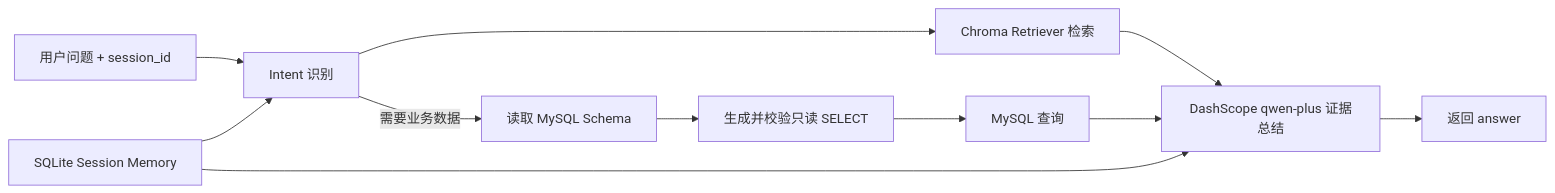
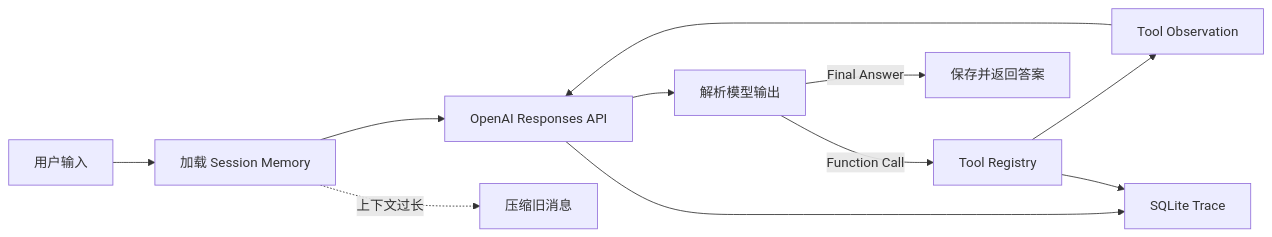
Before and after one commit to CUIShaoXin/-agent-: the first of 2 diagrams in README.md, drawn with Mermaid. The commit also changed other lines of this file, not shown here.

````diff
--- a/README.md
+++ b/README.md
@@ -155,13 +59,13 @@
 ```mermaid
 flowchart LR
-    U["用户问题 + session_id"] --> I["Intent 识别"]
-    I --> R["Chroma Retriever 检索"]
-    I -->|需要业务数据| Q["读取 MySQL Schema"]
-    Q --> S["生成并校验只读 SELECT"]
-    S --> D["MySQL 查询"]
-    R --> L["DashScope qwen-plus 证据总结"]
-    D --> L
-    M["SQLite Session Memory"] --> I
-    M --> L
-    L --> A["返回 answer"]
+    U["用户输入"] --> M["加载 Session Memory"]
+    M --> L["OpenAI Responses API"]
+    L --> P["解析模型输出"]
+    P -->|Function Call| T["Tool Registry"]
+    T --> O["Tool Observation"]
+    O --> L
+    P -->|Final Answer| A["保存并返回答案"]
+    M -. 上下文过长 .-> C["压缩旧消息"]
+    L --> Z["SQLite Trace"]
+    T --> Z
 ```
````
